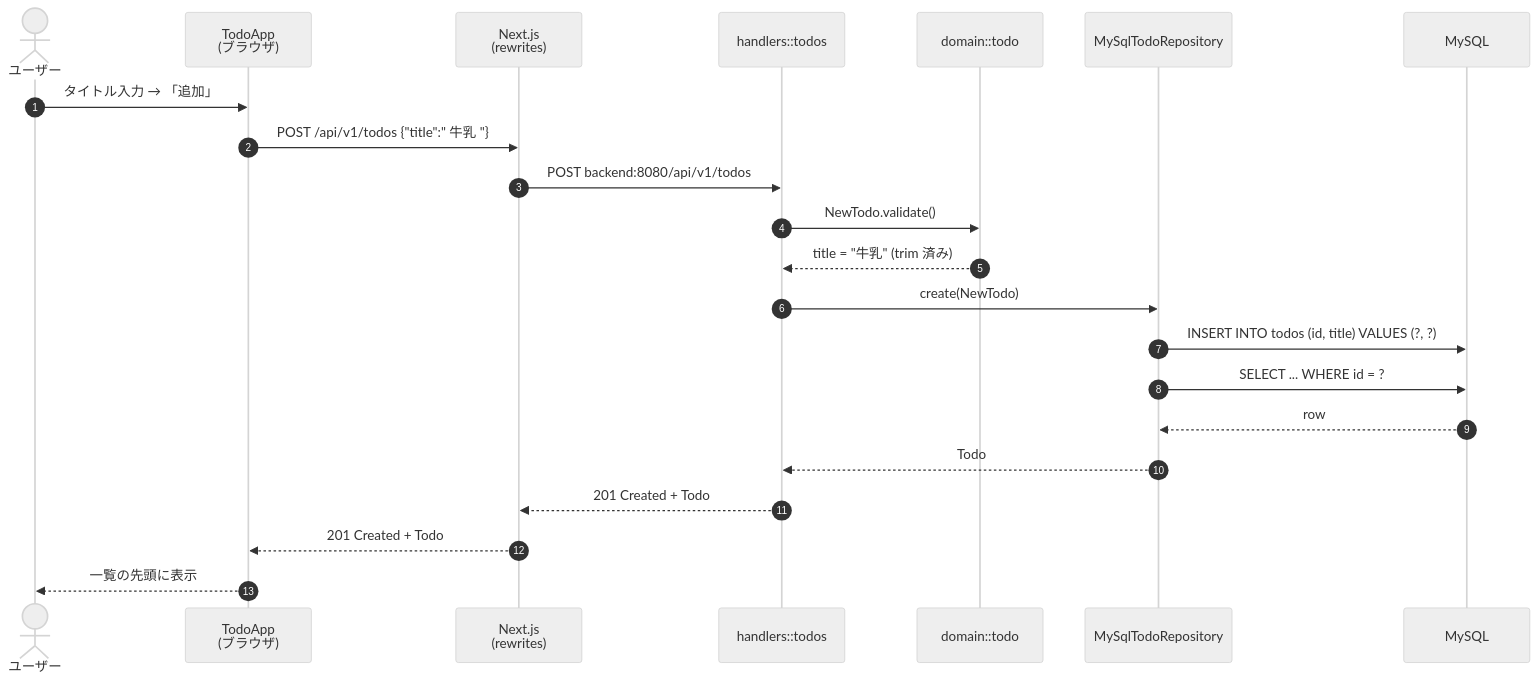
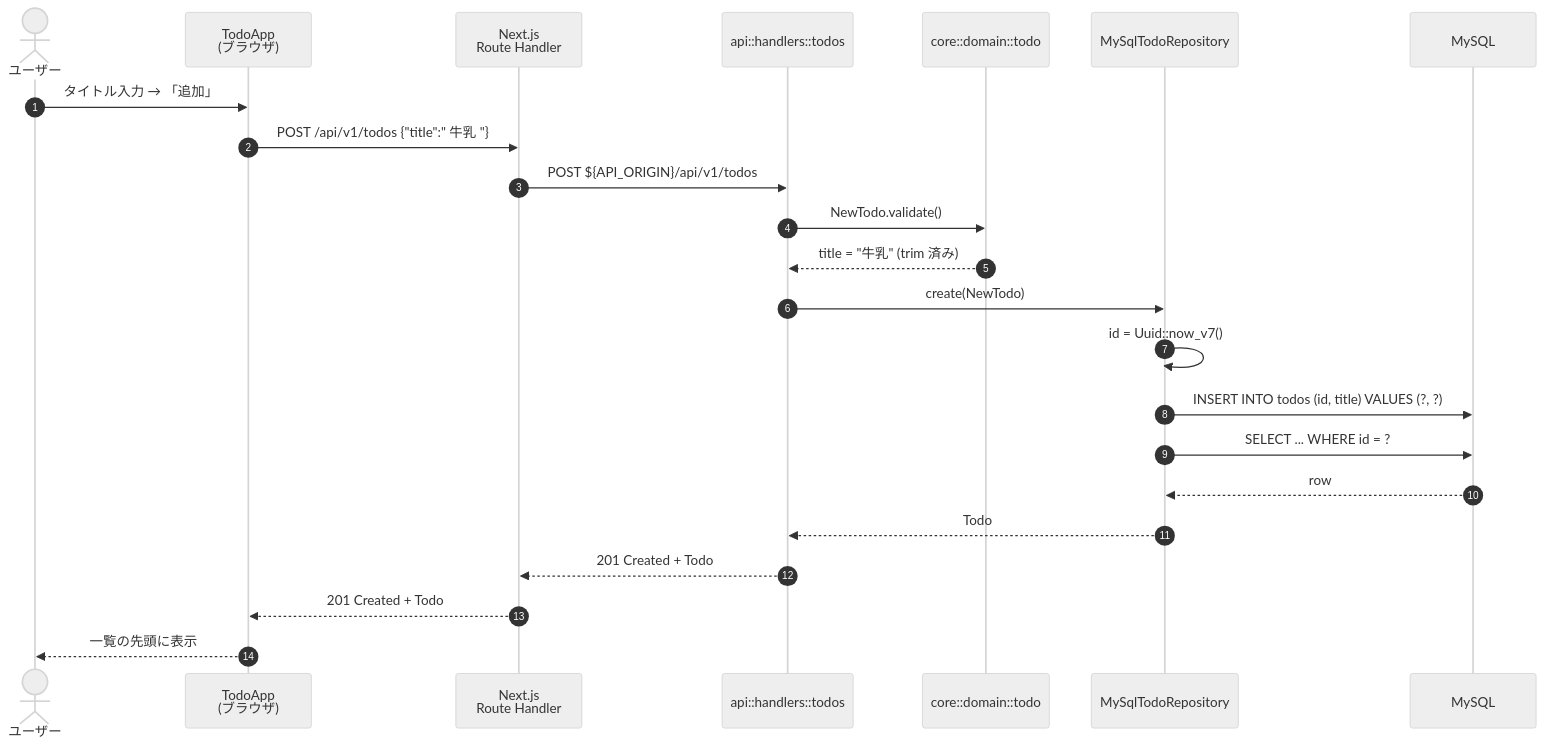
One commit to ktaishi/rust-next-voiler changed the second of 15 diagrams in README.md. Above: the diagram before and after it, drawn with Mermaid (neutral theme). The commit also changed other lines of this file and 53 other files, not shown here.

````diff
--- a/README.md
+++ b/README.md
@@ -122,25 +146,26 @@
 ```mermaid
 sequenceDiagram
     autonumber
     actor U as ユーザー
     participant UI as TodoApp<br/>(ブラウザ)
-    participant N as Next.js<br/>(rewrites)
-    participant H as handlers::todos
-    participant D as domain::todo
+    participant N as Next.js<br/>Route Handler
+    participant H as api::handlers::todos
+    participant D as core::domain::todo
     participant R as MySqlTodoRepository
     participant DB as MySQL
 
     U->>UI: タイトル入力 → 「追加」
     UI->>N: POST /api/v1/todos {"title":" 牛乳 "}
-    N->>H: POST backend:8080/api/v1/todos
+    N->>H: POST ${API_ORIGIN}/api/v1/todos
     H->>D: NewTodo.validate()
     D-->>H: title = "牛乳" (trim 済み)
     H->>R: create(NewTodo)
+    R->>R: id = Uuid::now_v7()
     R->>DB: INSERT INTO todos (id, title) VALUES (?, ?)
     R->>DB: SELECT ... WHERE id = ?
     DB-->>R: row
     R-->>H: Todo
     H-->>N: 201 Created + Todo
     N-->>UI: 201 Created + Todo
     UI-->>U: 一覧の先頭に表示
 ```
````
